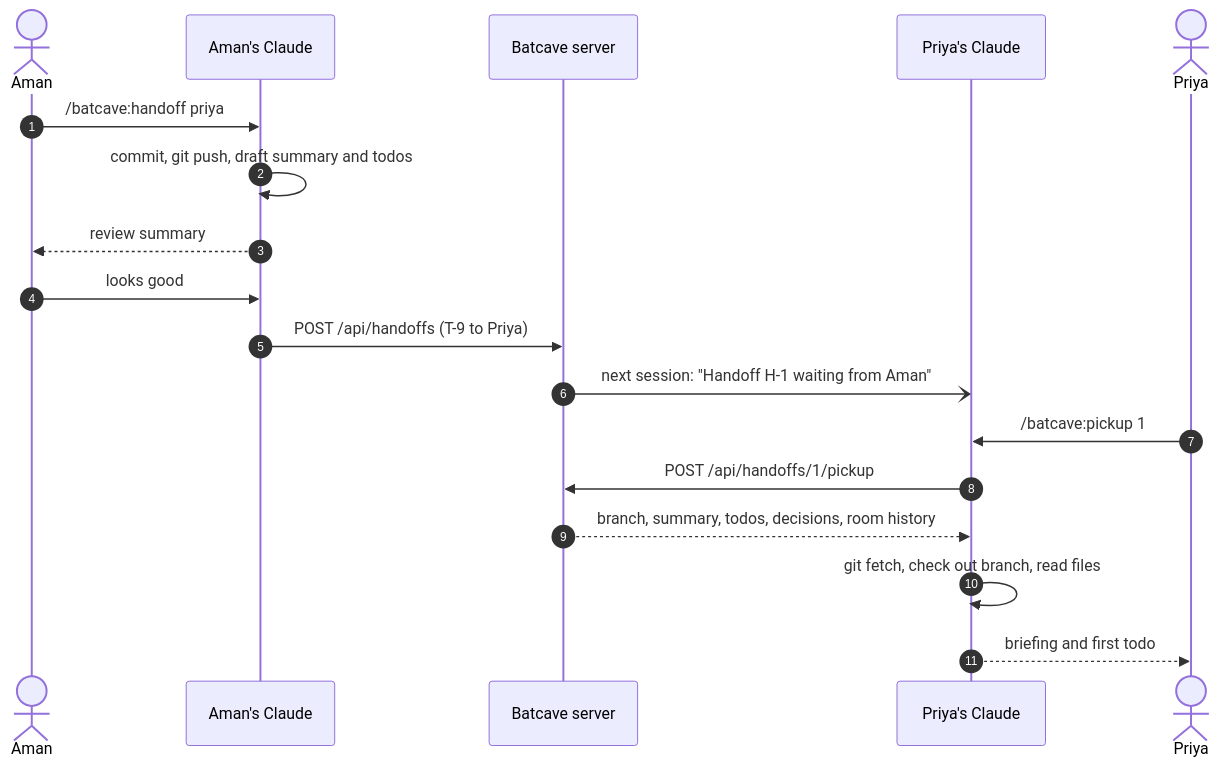
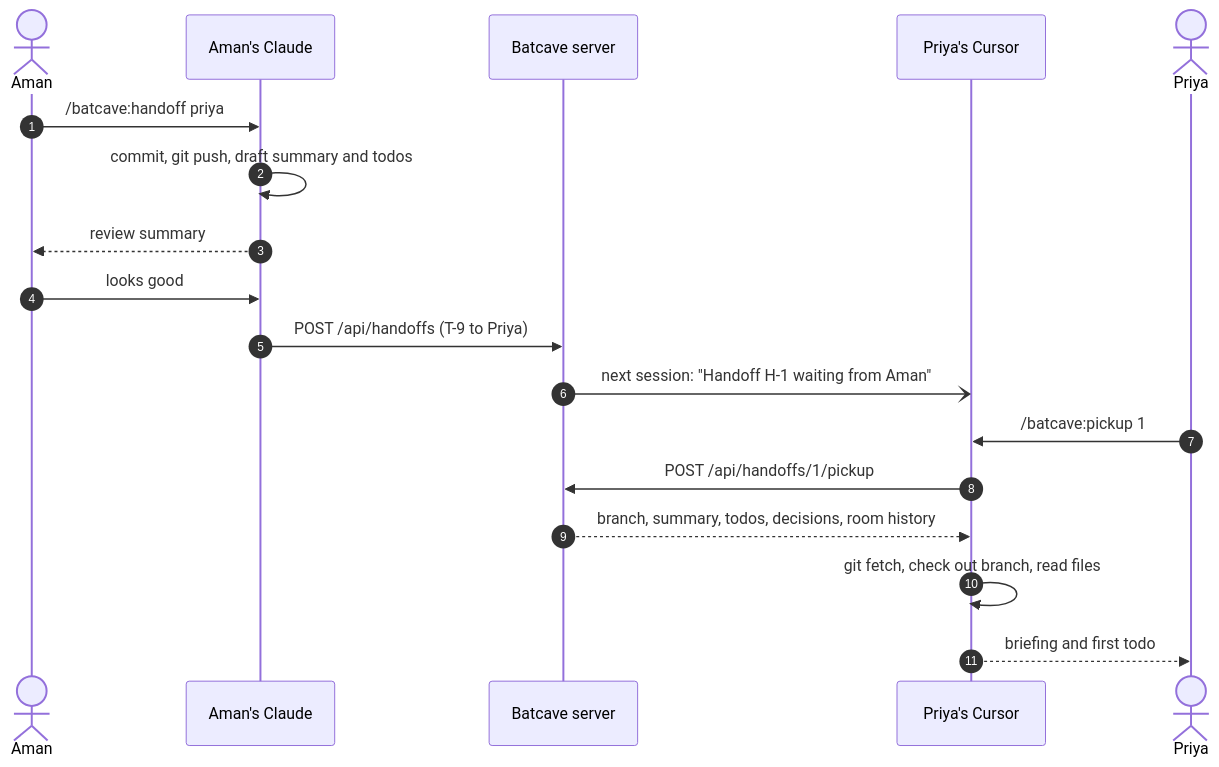
Before and after one commit to solanki-aman/batcave: the fifth of 5 diagrams in README.md, drawn with Mermaid. The commit also changed other lines of this file and 17 other files, not shown here.

````diff
--- a/README.md
+++ b/README.md
@@ -227,21 +271,21 @@
 ```mermaid
 sequenceDiagram
     autonumber
     actor Aman
     participant AC as Aman's Claude
     participant S as Batcave server
-    participant PC as Priya's Claude
+    participant PC as Priya's Cursor
     actor Priya
 
     Aman->>AC: /batcave:handoff priya
     AC->>AC: commit, git push, draft summary and todos
     AC-->>Aman: review summary
     Aman->>AC: looks good
     AC->>S: POST /api/handoffs (T-9 to Priya)
     S-)PC: next session: "Handoff H-1 waiting from Aman"
     Priya->>PC: /batcave:pickup 1
     PC->>S: POST /api/handoffs/1/pickup
     S-->>PC: branch, summary, todos, decisions, room history
     PC->>PC: git fetch, check out branch, read files
     PC-->>Priya: briefing and first todo
 ```
````
